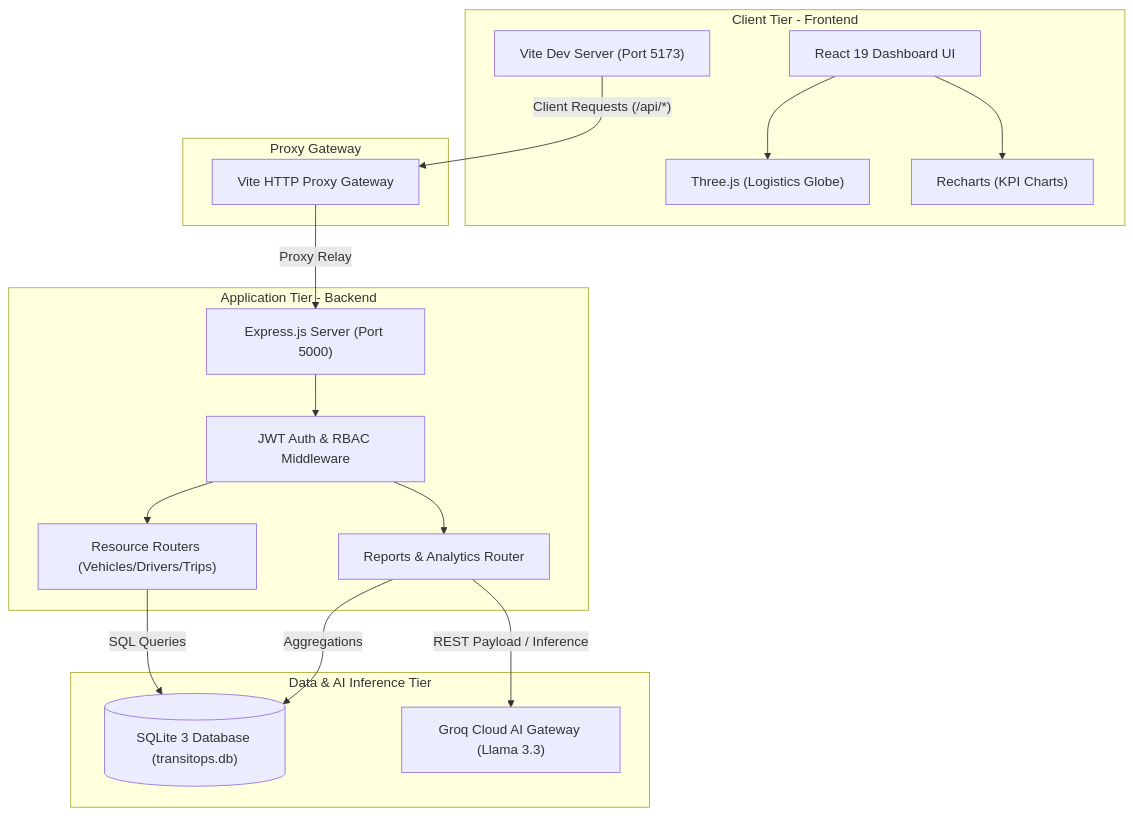
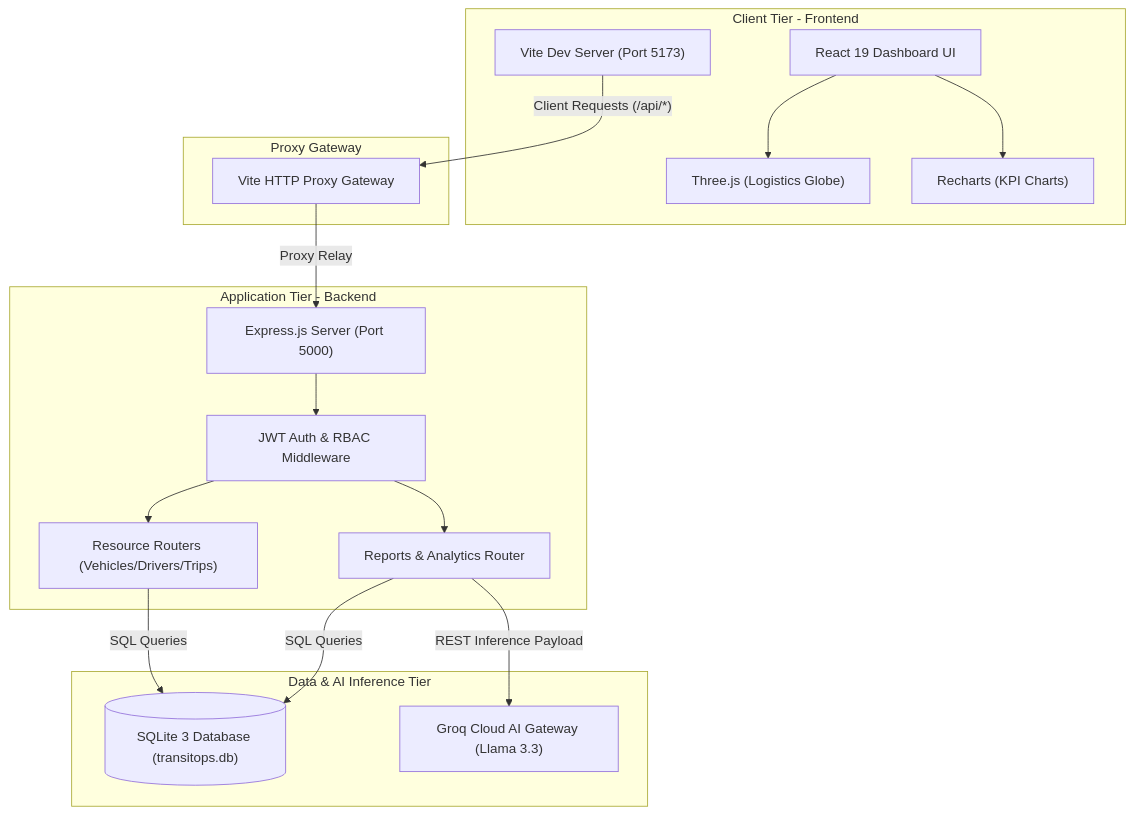
Before and after one commit to ThePhantom-S/odoo-hackathon-Vyomex: the diagram in README.md, drawn with Mermaid. The commit also changed other lines of this file, not shown here.

````diff
--- a/README.md
+++ b/README.md
@@ -40,39 +26,39 @@
 ```mermaid
 flowchart TB
     subgraph Client_Tier [Client Tier - Frontend]
         ReactUI["React 19 Dashboard UI"]
         ViteDev["Vite Dev Server (Port 5173)"]
         ThreeGlobe["Three.js (Logistics Globe)"]
         RechartsSVG["Recharts (KPI Charts)"]
         ReactUI --> ThreeGlobe
         ReactUI --> RechartsSVG
     end
 
     subgraph Proxy_Gateway [Proxy Gateway]
         ViteProxy["Vite HTTP Proxy Gateway"]
     end
 
     subgraph Application_Tier [Application Tier - Backend]
         ExpressServer["Express.js Server (Port 5000)"]
         JWTMiddleware["JWT Auth & RBAC Middleware"]
         ReportsRouter["Reports & Analytics Router"]
         OtherRouters["Resource Routers (Vehicles/Drivers/Trips)"]
         
         ExpressServer --> JWTMiddleware
         JWTMiddleware --> ReportsRouter
         JWTMiddleware --> OtherRouters
     end
 
     subgraph Data_AI_Tier [Data & AI Inference Tier]
         SQLiteDB[("SQLite 3 Database (transitops.db)")]
         GroqInference["Groq Cloud AI Gateway (Llama 3.3)"]
     end
 
     %% Connections
     ViteDev -- "Client Requests (/api/*)" --> ViteProxy
     ViteProxy -- "Proxy Relay" --> ExpressServer
     
     OtherRouters -- "SQL Queries" --> SQLiteDB
-    ReportsRouter -- "Aggregations" --> SQLiteDB
-    ReportsRouter -- "REST Payload / Inference" --> GroqInference
+    ReportsRouter -- "SQL Queries" --> SQLiteDB
+    ReportsRouter -- "REST Inference Payload" --> GroqInference
 ```
````
